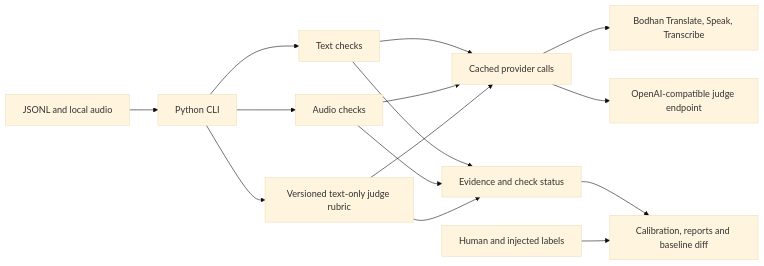
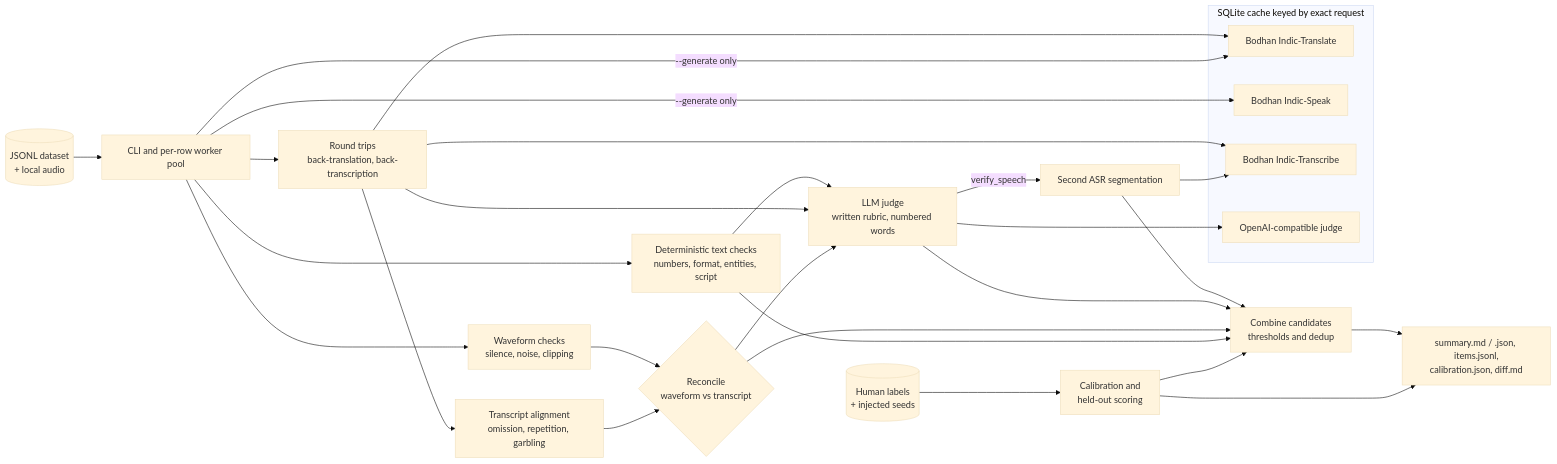
Before and after one commit to Bodhan-AI/Bodhan-AI-Cookbook: the first of 2 diagrams in examples/translation_speech_quality/DESIGN.md, drawn with Mermaid (base theme). The commit also changed other lines of this file and 6 other files, not shown here.

Commit message:
Add end-to-end test, actionable summary, audio-time repetition spans, design docs

````diff
--- a/examples/translation_speech_quality/DESIGN.md
+++ b/examples/translation_speech_quality/DESIGN.md
@@ -5,17 +7,34 @@
 ```mermaid
 flowchart LR
-    A[JSONL and local audio] --> R[Python CLI]
-    R --> T[Text checks]
-    R --> S[Audio checks]
-    T --> C[Cached provider calls]
-    S --> C
-    R --> J[Versioned text-only judge rubric]
-    J --> C
-    C --> B[Bodhan Translate, Speak, Transcribe]
-    C --> L[OpenAI-compatible judge endpoint]
-    T --> E[Evidence and check status]
-    S --> E
-    J --> E
-    E --> O[Calibration, reports and baseline diff]
-    H[Human and injected labels] --> O
+    D[(JSONL dataset<br/>+ local audio)] --> CLI[CLI and per-row worker pool]
+    CLI --> TX[Deterministic text checks<br/>numbers, format, entities, script]
+    CLI --> SG[Waveform checks<br/>silence, noise, clipping]
+    CLI --> RT[Round trips<br/>back-translation, back-transcription]
+    RT --> AL[Transcript alignment<br/>omission, repetition, garbling]
+    SG --> RC{Reconcile<br/>waveform vs transcript}
+    AL --> RC
+    TX --> J[LLM judge<br/>written rubric, numbered words]
+    RT --> J
+    RC --> J
+    J -->|verify_speech| RS[Second ASR segmentation]
+    RS --> CB
+    J --> CB[Combine candidates<br/>thresholds and dedup]
+    RC --> CB
+    TX --> CB
+    CB --> REP[summary.md / .json, items.jsonl,<br/>calibration.json, diff.md]
+    H[(Human labels<br/>+ injected seeds)] --> CAL[Calibration and<br/>held-out scoring]
+    CAL --> CB
+    CAL --> REP
+    subgraph Cache[SQLite cache keyed by exact request]
+      BT[Bodhan Indic-Translate]
+      BS[Bodhan Indic-Speak]
+      BA[Bodhan Indic-Transcribe]
+      LLM[OpenAI-compatible judge]
+    end
+    RT --> BT
+    RT --> BA
+    CLI -->|--generate only| BS
+    CLI -->|--generate only| BT
+    J --> LLM
+    RS --> BA
 ```
````
